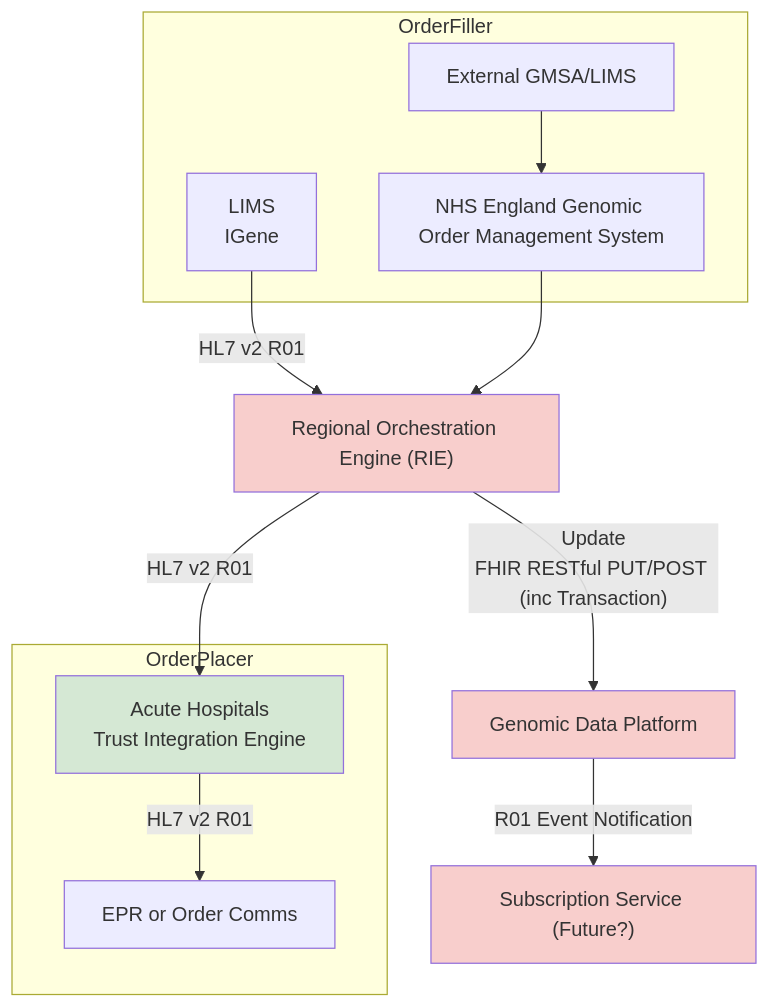
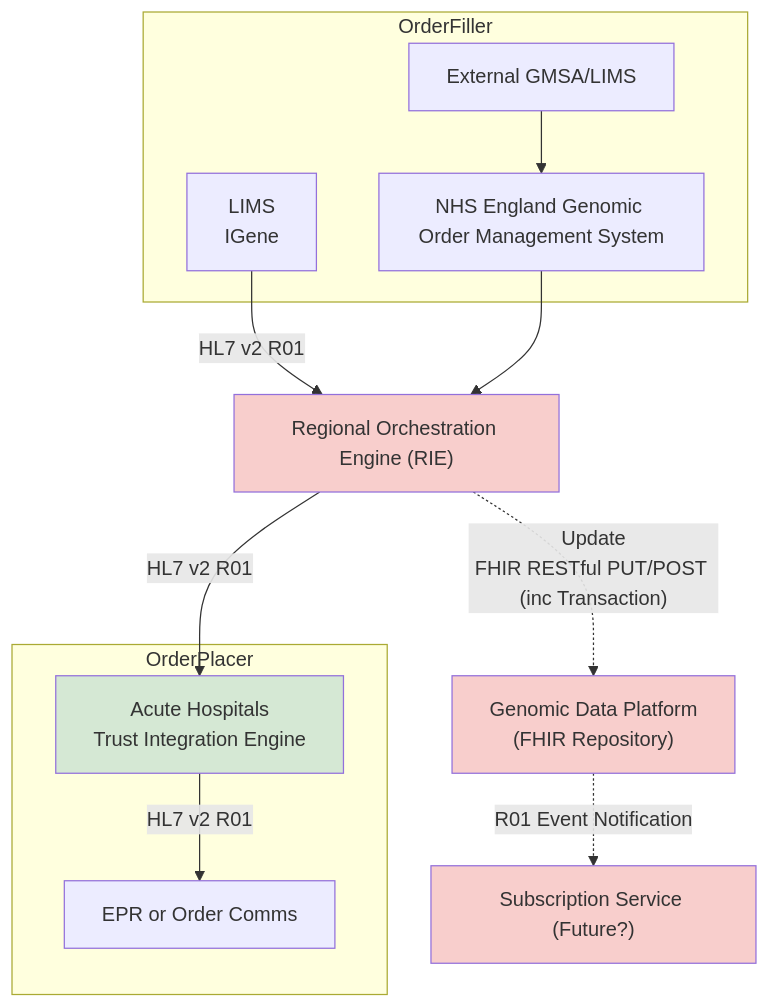
One commit to nw-gmsa/nw-gmsa.github.com changed the eighth of 15 diagrams in input/pagecontent/LTW.md. Above: the diagram before and after it, drawn with Mermaid. The commit also changed other lines of this file, not shown here.

````diff
--- a/input/pagecontent/LTW.md
+++ b/input/pagecontent/LTW.md
@@ -327,34 +327,34 @@
 ```mermaid
 graph TD;
 
     subgraph OrderFiller;
         iGene[LIMS<br/>IGene]
         GOMS["NHS England Genomic Order Management System"] 
         ExtLIMS[External GMSA/LIMS]
     end 
 
     subgraph OrderPlacer;
         EHR["EPR or Order Comms"] 
 
         OR[Acute Hospitals<br/>Trust Integration Engine]
         OR --> |HL7 v2 R01| EHR
 
     end
      RIE["Regional Orchestration Engine (RIE)"]
-     GDP["Genomic Data Platform"]
+     GDP["Genomic Data Platform<br/>(FHIR Repository)"]
     PubSub["Subscription Service (Future?)"]
 
     RIE --> |HL7 v2 R01| OR
-    RIE --> |"Update<br/>FHIR RESTful PUT/POST (inc Transaction)"| GDP
+    RIE -.-> |"Update<br/>FHIR RESTful PUT/POST (inc Transaction)"| GDP
     iGene --> |HL7 v2 R01| RIE
     GOMS --> RIE
     ExtLIMS --> GOMS
-    GDP --> |R01 Event Notification| PubSub
+    GDP -.-> |R01 Event Notification| PubSub
     
     classDef green fill:#D5E8D4;
     classDef yellow fill:#FFF2CC;
     classDef pink fill:#F8CECC;
     class RIE,GDP,PubSub pink;
     class OR green;
 
 ```
````
